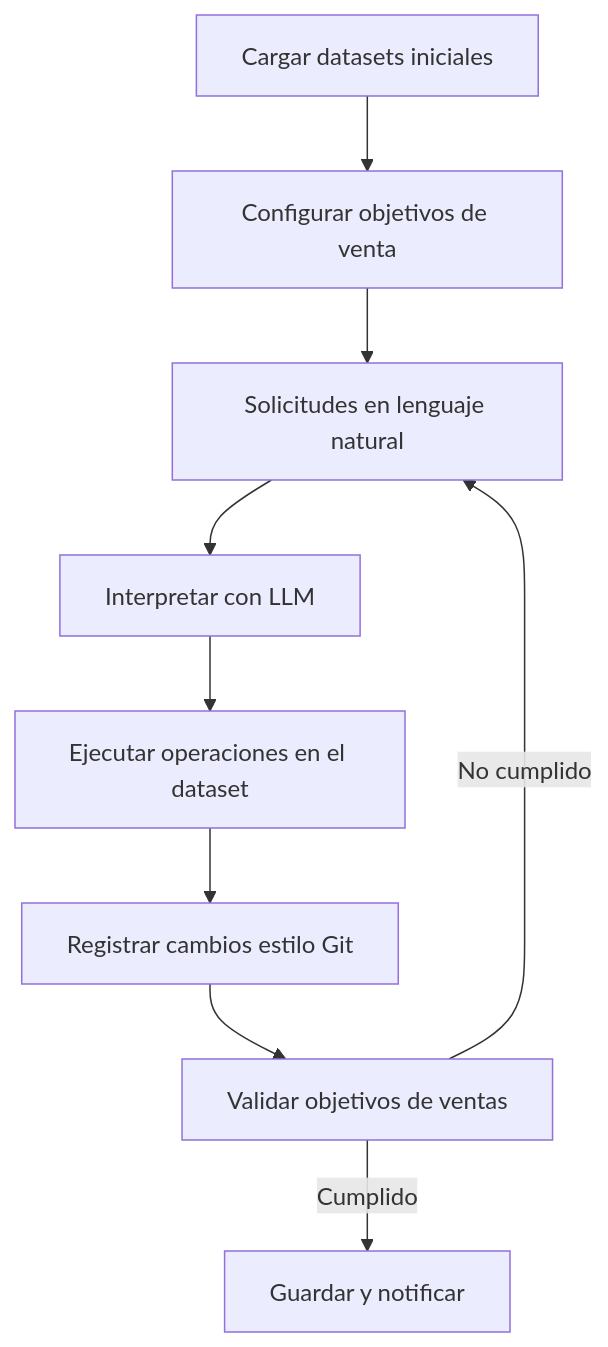
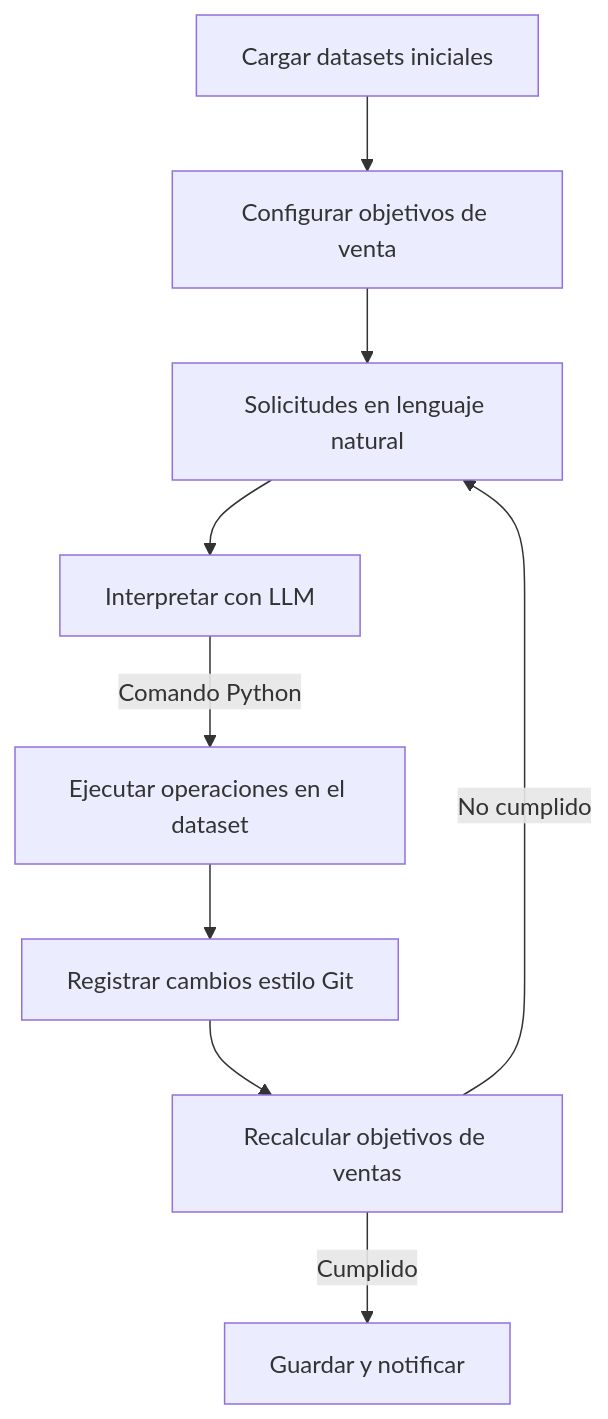
Before and after one commit to luisferpinilla/ia_demand_planner: the diagram in README.md, drawn with Mermaid. The commit also changed other lines of this file, not shown here.

````diff
--- a/README.md
+++ b/README.md
@@ -69,11 +76,11 @@
 ```mermaid
 graph TD
     A[Cargar datasets iniciales] --> B[Configurar objetivos de venta]
     B --> C[Solicitudes en lenguaje natural]
     C --> D[Interpretar con LLM]
-    D --> E[Ejecutar operaciones en el dataset]
+    D --> |Comando Python| E[Ejecutar operaciones en el dataset]
     E --> F[Registrar cambios estilo Git]
-    F --> G[Validar objetivos de ventas]
+    F --> G[Recalcular objetivos de ventas]
     G -->|Cumplido| H[Guardar y notificar]
     G -->|No cumplido| C
 ```
````
